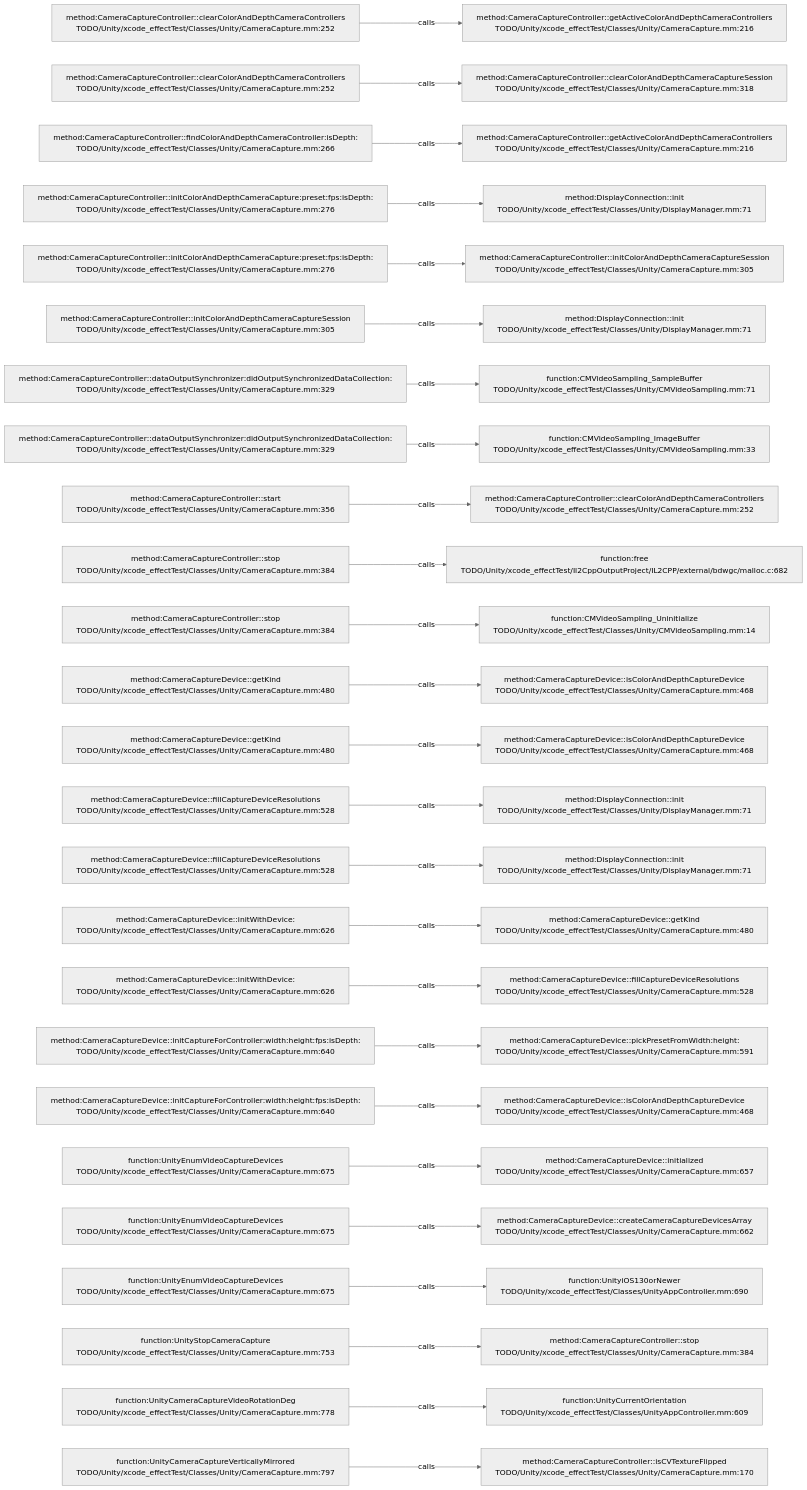
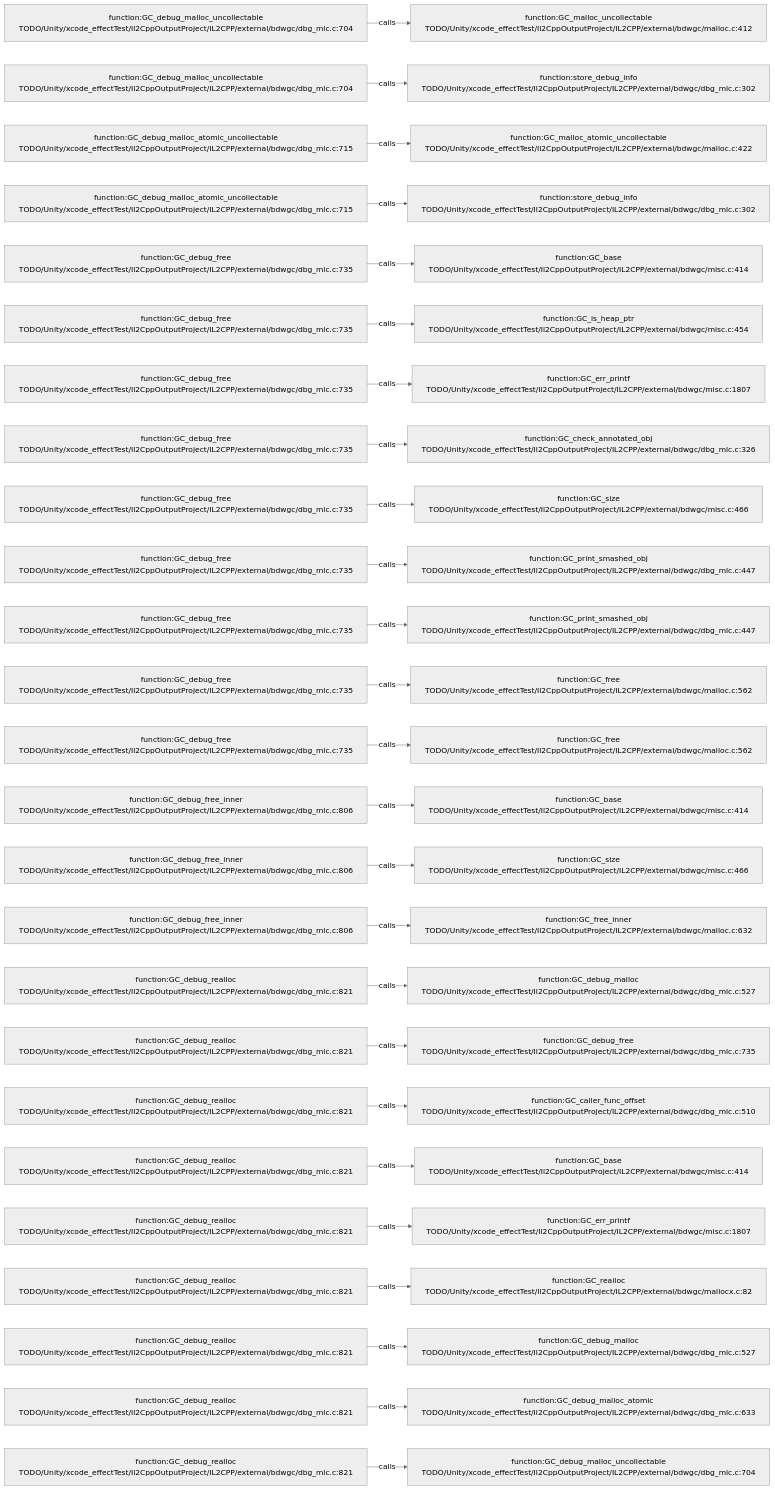
One commit to JobsKits/JobsSwiftBaseConfigDemo changed the diagram in .codegraph/codegraph.md/graphs/calls-101.md. Above: the diagram before and after it, drawn with Mermaid (neutral theme). The commit also changed 227 other files, not shown here.

````diff
--- a/.codegraph/codegraph.md/graphs/calls-101.md
+++ b/.codegraph/codegraph.md/graphs/calls-101.md
@@ -13,78 +13,78 @@
 ```mermaid
 flowchart LR
-  S1["method:CameraCaptureController::clearColorAndDepthCameraControllers<br/>TODO/Unity/xcode_effectTest/Classes/Unity/CameraCapture.mm:252"]
-  T1["method:CameraCaptureController::getActiveColorAndDepthCameraControllers<br/>TODO/Unity/xcode_effectTest/Classes/Unity/CameraCapture.mm:216"]
+  S1["function:GC_debug_malloc_uncollectable<br/>TODO/Unity/xcode_effectTest/Il2CppOutputProject/IL2CPP/external/bdwgc/dbg_mlc.c:704"]
+  T1["function:GC_malloc_uncollectable<br/>TODO/Unity/xcode_effectTest/Il2CppOutputProject/IL2CPP/external/bdwgc/malloc.c:412"]
   S1 -->|calls| T1
-  S2["method:CameraCaptureController::clearColorAndDepthCameraControllers<br/>TODO/Unity/xcode_effectTest/Classes/Unity/CameraCapture.mm:252"]
-  T2["method:CameraCaptureController::clearColorAndDepthCameraCaptureSession<br/>TODO/Unity/xcode_effectTest/Classes/Unity/CameraCapture.mm:318"]
+  S2["function:GC_debug_malloc_uncollectable<br/>TODO/Unity/xcode_effectTest/Il2CppOutputProject/IL2CPP/external/bdwgc/dbg_mlc.c:704"]
+  T2["function:store_debug_info<br/>TODO/Unity/xcode_effectTest/Il2CppOutputProject/IL2CPP/external/bdwgc/dbg_mlc.c:302"]
   S2 -->|calls| T2
-  S3["method:CameraCaptureController::findColorAndDepthCameraController:isDepth:<br/>TODO/Unity/xcode_effectTest/Classes/Unity/CameraCapture.mm:266"]
-  T3["method:CameraCaptureController::getActiveColorAndDepthCameraControllers<br/>TODO/Unity/xcode_effectTest/Classes/Unity/CameraCapture.mm:216"]
+  S3["function:GC_debug_malloc_atomic_uncollectable<br/>TODO/Unity/xcode_effectTest/Il2CppOutputProject/IL2CPP/external/bdwgc/dbg_mlc.c:715"]
+  T3["function:GC_malloc_atomic_uncollectable<br/>TODO/Unity/xcode_effectTest/Il2CppOutputProject/IL2CPP/external/bdwgc/malloc.c:422"]
   S3 -->|calls| T3
-  S4["method:CameraCaptureController::initColorAndDepthCameraCapture:preset:fps:isDepth:<br/>TODO/Unity/xcode_effectTest/Classes/Unity/CameraCapture.mm:276"]
-  T4["method:DisplayConnection::init<br/>TODO/Unity/xcode_effectTest/Classes/Unity/DisplayManager.mm:71"]
+  S4["function:GC_debug_malloc_atomic_uncollectable<br/>TODO/Unity/xcode_effectTest/Il2CppOutputProject/IL2CPP/external/bdwgc/dbg_mlc.c:715"]
+  T4["function:store_debug_info<br/>TODO/Unity/xcode_effectTest/Il2CppOutputProject/IL2CPP/external/bdwgc/dbg_mlc.c:302"]
   S4 -->|calls| T4
-  S5["method:CameraCaptureController::initColorAndDepthCameraCapture:preset:fps:isDepth:<br/>TODO/Unity/xcode_effectTest/Classes/Unity/CameraCapture.mm:276"]
-  T5["method:CameraCaptureController::initColorAndDepthCameraCaptureSession<br/>TODO/Unity/xcode_effectTest/Classes/Unity/CameraCapture.mm:305"]
+  S5["function:GC_debug_free<br/>TODO/Unity/xcode_effectTest/Il2CppOutputProject/IL2CPP/external/bdwgc/dbg_mlc.c:735"]
+  T5["function:GC_base<br/>TODO/Unity/xcode_effectTest/Il2CppOutputProject/IL2CPP/external/bdwgc/misc.c:414"]
   S5 -->|calls| T5
-  S6["method:CameraCaptureController::initColorAndDepthCameraCaptureSession<br/>TODO/Unity/xcode_effectTest/Classes/Unity/CameraCapture.mm:305"]
-  T6["method:DisplayConnection::init<br/>TODO/Unity/xcode_effectTest/Classes/Unity/DisplayManager.mm:71"]
+  S6["function:GC_debug_free<br/>TODO/Unity/xcode_effectTest/Il2CppOutputProject/IL2CPP/external/bdwgc/dbg_mlc.c:735"]
+  T6["function:GC_is_heap_ptr<br/>TODO/Unity/xcode_effectTest/Il2CppOutputProject/IL2CPP/external/bdwgc/misc.c:454"]
   S6 -->|calls| T6
-  S7["method:CameraCaptureController::dataOutputSynchronizer:didOutputSynchronizedDataCollection:<br/>TODO/Unity/xcode_effectTest/Classes/Unity/CameraCapture.mm:329"]
-  T7["function:CMVideoSampling_SampleBuffer<br/>TODO/Unity/xcode_effectTest/Classes/Unity/CMVideoSampling.mm:71"]
+  S7["function:GC_debug_free<br/>TODO/Unity/xcode_effectTest/Il2CppOutputProject/IL2CPP/external/bdwgc/dbg_mlc.c:735"]
+  T7["function:GC_err_printf<br/>TODO/Unity/xcode_effectTest/Il2CppOutputProject/IL2CPP/external/bdwgc/misc.c:1807"]
   S7 -->|calls| T7
-  S8["method:CameraCaptureController::dataOutputSynchronizer:didOutputSynchronizedDataCollection:<br/>TODO/Unity/xcode_effectTest/Classes/Unity/CameraCapture.mm:329"]
-  T8["function:CMVideoSampling_ImageBuffer<br/>TODO/Unity/xcode_effectTest/Classes/Unity/CMVideoSampling.mm:33"]
+  S8["function:GC_debug_free<br/>TODO/Unity/xcode_effectTest/Il2CppOutputProject/IL2CPP/external/bdwgc/dbg_mlc.c:735"]
+  T8["function:GC_check_annotated_obj<br/>TODO/Unity/xcode_effectTest/Il2CppOutputProject/IL2CPP/external/bdwgc/dbg_mlc.c:326"]
   S8 -->|calls| T8
-  S9["method:CameraCaptureController::start<br/>TODO/Unity/xcode_effectTest/Classes/Unity/CameraCapture.mm:356"]
-  T9["method:CameraCaptureController::clearColorAndDepthCameraControllers<br/>TODO/Unity/xcode_effectTest/Classes/Unity/CameraCapture.mm:252"]
+  S9["function:GC_debug_free<br/>TODO/Unity/xcode_effectTest/Il2CppOutputProject/IL2CPP/external/bdwgc/dbg_mlc.c:735"]
+  T9["function:GC_size<br/>TODO/Unity/xcode_effectTest/Il2CppOutputProject/IL2CPP/external/bdwgc/misc.c:466"]
   S9 -->|calls| T9
-  S10["method:CameraCaptureController::stop<br/>TODO/Unity/xcode_effectTest/Classes/Unity/CameraCapture.mm:384"]
-  T10["function:free<br/>TODO/Unity/xcode_effectTest/Il2CppOutputProject/IL2CPP/external/bdwgc/malloc.c:682"]
+  S10["function:GC_debug_free<br/>TODO/Unity/xcode_effectTest/Il2CppOutputProject/IL2CPP/external/bdwgc/dbg_mlc.c:735"]
+  T10["function:GC_print_smashed_obj<br/>TODO/Unity/xcode_effectTest/Il2CppOutputProject/IL2CPP/external/bdwgc/dbg_mlc.c:447"]
   S10 -->|calls| T10
-  S11["method:CameraCaptureController::stop<br/>TODO/Unity/xcode_effectTest/Classes/Unity/CameraCapture.mm:384"]
-  T11["function:CMVideoSampling_Uninitialize<br/>TODO/Unity/xcode_effectTest/Classes/Unity/CMVideoSampling.mm:14"]
+  S11["function:GC_debug_free<br/>TODO/Unity/xcode_effectTest/Il2CppOutputProject/IL2CPP/external/bdwgc/dbg_mlc.c:735"]
+  T11["function:GC_print_smashed_obj<br/>TODO/Unity/xcode_effectTest/Il2CppOutputProject/IL2CPP/external/bdwgc/dbg_mlc.c:447"]
   S11 -->|calls| T11
-  S12["method:CameraCaptureDevice::getKind<br/>TODO/Unity/xcode_effectTest/Classes/Unity/CameraCapture.mm:480"]
-  T12["method:CameraCaptureDevice::isColorAndDepthCaptureDevice<br/>TODO/Unity/xcode_effectTest/Classes/Unity/CameraCapture.mm:468"]
+  S12["function:GC_debug_free<br/>TODO/Unity/xcode_effectTest/Il2CppOutputProject/IL2CPP/external/bdwgc/dbg_mlc.c:735"]
+  T12["function:GC_free<br/>TODO/Unity/xcode_effectTest/Il2CppOutputProject/IL2CPP/external/bdwgc/malloc.c:562"]
   S12 -->|calls| T12
-  S13["method:CameraCaptureDevice::getKind<br/>TODO/Unity/xcode_effectTest/Classes/Unity/CameraCapture.mm:480"]
-  T13["method:CameraCaptureDevice::isColorAndDepthCaptureDevice<br/>TODO/Unity/xcode_effectTest/Classes/Unity/CameraCapture.mm:468"]
+  S13["function:GC_debug_free<br/>TODO/Unity/xcode_effectTest/Il2CppOutputProject/IL2CPP/external/bdwgc/dbg_mlc.c:735"]
+  T13["function:GC_free<br/>TODO/Unity/xcode_effectTest/Il2CppOutputProject/IL2CPP/external/bdwgc/malloc.c:562"]
   S13 -->|calls| T13
-  S14["method:CameraCaptureDevice::fillCaptureDeviceResolutions<br/>TODO/Unity/xcode_effectTest/Classes/Unity/CameraCapture.mm:528"]
-  T14["method:DisplayConnection::init<br/>TODO/Unity/xcode_effectTest/Classes/Unity/DisplayManager.mm:71"]
+  S14["function:GC_debug_free_inner<br/>TODO/Unity/xcode_effectTest/Il2CppOutputProject/IL2CPP/external/bdwgc/dbg_mlc.c:806"]
+  T14["function:GC_base<br/>TODO/Unity/xcode_effectTest/Il2CppOutputProject/IL2CPP/external/bdwgc/misc.c:414"]
   S14 -->|calls| T14
-  S15["method:CameraCaptureDevice::fillCaptureDeviceResolutions<br/>TODO/Unity/xcode_effectTest/Classes/Unity/CameraCapture.mm:528"]
-  T15["method:DisplayConnection::init<br/>TODO/Unity/xcode_effectTest/Classes/Unity/DisplayManager.mm:71"]
+  S15["function:GC_debug_free_inner<br/>TODO/Unity/xcode_effectTest/Il2CppOutputProject/IL2CPP/external/bdwgc/dbg_mlc.c:806"]
+  T15["function:GC_size<br/>TODO/Unity/xcode_effectTest/Il2CppOutputProject/IL2CPP/external/bdwgc/misc.c:466"]
   S15 -->|calls| T15
-  S16["method:CameraCaptureDevice::initWithDevice:<br/>TODO/Unity/xcode_effectTest/Classes/Unity/CameraCapture.mm:626"]
-  T16["method:CameraCaptureDevice::getKind<br/>TODO/Unity/xcode_effectTest/Classes/Unity/CameraCapture.mm:480"]
+  S16["function:GC_debug_free_inner<br/>TODO/Unity/xcode_effectTest/Il2CppOutputProject/IL2CPP/external/bdwgc/dbg_mlc.c:806"]
+  T16["function:GC_free_inner<br/>TODO/Unity/xcode_effectTest/Il2CppOutputProject/IL2CPP/external/bdwgc/malloc.c:632"]
   S16 -->|calls| T16
-  S17["method:CameraCaptureDevice::initWithDevice:<br/>TODO/Unity/xcode_effectTest/Classes/Unity/CameraCapture.mm:626"]
-  T17["method:CameraCaptureDevice::fillCaptureDeviceResolutions<br/>TODO/Unity/xcode_effectTest/Classes/Unity/CameraCapture.mm:528"]
+  S17["function:GC_debug_realloc<br/>TODO/Unity/xcode_effectTest/Il2CppOutputProject/IL2CPP/external/bdwgc/dbg_mlc.c:821"]
+  T17["function:GC_debug_malloc<br/>TODO/Unity/xcode_effectTest/Il2CppOutputProject/IL2CPP/external/bdwgc/dbg_mlc.c:527"]
   S17 -->|calls| T17
-  S18["method:CameraCaptureDevice::initCaptureForController:width:height:fps:isDepth:<br/>TODO/Unity/xcode_effectTest/Classes/Unity/CameraCapture.mm:640"]
-  T18["method:CameraCaptureDevice::pickPresetFromWidth:height:<br/>TODO/Unity/xcode_effectTest/Classes/Unity/CameraCapture.mm:591"]
+  S18["function:GC_debug_realloc<br/>TODO/Unity/xcode_effectTest/Il2CppOutputProject/IL2CPP/external/bdwgc/dbg_mlc.c:821"]
+  T18["function:GC_debug_free<br/>TODO/Unity/xcode_effectTest/Il2CppOutputProject/IL2CPP/external/bdwgc/dbg_mlc.c:735"]
   S18 -->|calls| T18
-  S19["method:CameraCaptureDevice::initCaptureForController:width:height:fps:isDepth:<br/>TODO/Unity/xcode_effectTest/Classes/Unity/CameraCapture.mm:640"]
-  T19["method:CameraCaptureDevice::isColorAndDepthCaptureDevice<br/>TODO/Unity/xcode_effectTest/Classes/Unity/CameraCapture.mm:468"]
+  S19["function:GC_debug_realloc<br/>TODO/Unity/xcode_effectTest/Il2CppOutputProject/IL2CPP/external/bdwgc/dbg_mlc.c:821"]
+  T19["function:GC_caller_func_offset<br/>TODO/Unity/xcode_effectTest/Il2CppOutputProject/IL2CPP/external/bdwgc/dbg_mlc.c:510"]
   S19 -->|calls| T19
-  S20["function:UnityEnumVideoCaptureDevices<br/>TODO/Unity/xcode_effectTest/Classes/Unity/CameraCapture.mm:675"]
-  T20["method:CameraCaptureDevice::initialized<br/>TODO/Unity/xcode_effectTest/Classes/Unity/CameraCapture.mm:657"]
+  S20["function:GC_debug_realloc<br/>TODO/Unity/xcode_effectTest/Il2CppOutputProject/IL2CPP/external/bdwgc/dbg_mlc.c:821"]
+  T20["function:GC_base<br/>TODO/Unity/xcode_effectTest/Il2CppOutputProject/IL2CPP/external/bdwgc/misc.c:414"]
   S20 -->|calls| T20
-  S21["function:UnityEnumVideoCaptureDevices<br/>TODO/Unity/xcode_effectTest/Classes/Unity/CameraCapture.mm:675"]
-  T21["method:CameraCaptureDevice::createCameraCaptureDevicesArray<br/>TODO/Unity/xcode_effectTest/Classes/Unity/CameraCapture.mm:662"]
+  S21["function:GC_debug_realloc<br/>TODO/Unity/xcode_effectTest/Il2CppOutputProject/IL2CPP/external/bdwgc/dbg_mlc.c:821"]
+  T21["function:GC_err_printf<br/>TODO/Unity/xcode_effectTest/Il2CppOutputProject/IL2CPP/external/bdwgc/misc.c:1807"]
   S21 -->|calls| T21
-  S22["function:UnityEnumVideoCaptureDevices<br/>TODO/Unity/xcode_effectTest/Classes/Unity/CameraCapture.mm:675"]
-  T22["function:UnityiOS130orNewer<br/>TODO/Unity/xcode_effectTest/Classes/UnityAppController.mm:690"]
+  S22["function:GC_debug_realloc<br/>TODO/Unity/xcode_effectTest/Il2CppOutputProject/IL2CPP/external/bdwgc/dbg_mlc.c:821"]
+  T22["function:GC_realloc<br/>TODO/Unity/xcode_effectTest/Il2CppOutputProject/IL2CPP/external/bdwgc/mallocx.c:82"]
   S22 -->|calls| T22
-  S23["function:UnityStopCameraCapture<br/>TODO/Unity/xcode_effectTest/Classes/Unity/CameraCapture.mm:753"]
-  T23["method:CameraCaptureController::stop<br/>TODO/Unity/xcode_effectTest/Classes/Unity/CameraCapture.mm:384"]
+  S23["function:GC_debug_realloc<br/>TODO/Unity/xcode_effectTest/Il2CppOutputProject/IL2CPP/external/bdwgc/dbg_mlc.c:821"]
+  T23["function:GC_debug_malloc<br/>TODO/Unity/xcode_effectTest/Il2CppOutputProject/IL2CPP/external/bdwgc/dbg_mlc.c:527"]
   S23 -->|calls| T23
-  S24["function:UnityCameraCaptureVideoRotationDeg<br/>TODO/Unity/xcode_effectTest/Classes/Unity/CameraCapture.mm:778"]
-  T24["function:UnityCurrentOrientation<br/>TODO/Unity/xcode_effectTest/Classes/UnityAppController.mm:609"]
+  S24["function:GC_debug_realloc<br/>TODO/Unity/xcode_effectTest/Il2CppOutputProject/IL2CPP/external/bdwgc/dbg_mlc.c:821"]
+  T24["function:GC_debug_malloc_atomic<br/>TODO/Unity/xcode_effectTest/Il2CppOutputProject/IL2CPP/external/bdwgc/dbg_mlc.c:633"]
   S24 -->|calls| T24
-  S25["function:UnityCameraCaptureVerticallyMirrored<br/>TODO/Unity/xcode_effectTest/Classes/Unity/CameraCapture.mm:797"]
-  T25["method:CameraCaptureController::isCVTextureFlipped<br/>TODO/Unity/xcode_effectTest/Classes/Unity/CameraCapture.mm:170"]
+  S25["function:GC_debug_realloc<br/>TODO/Unity/xcode_effectTest/Il2CppOutputProject/IL2CPP/external/bdwgc/dbg_mlc.c:821"]
+  T25["function:GC_debug_malloc_uncollectable<br/>TODO/Unity/xcode_effectTest/Il2CppOutputProject/IL2CPP/external/bdwgc/dbg_mlc.c:704"]
   S25 -->|calls| T25
 ```
````
